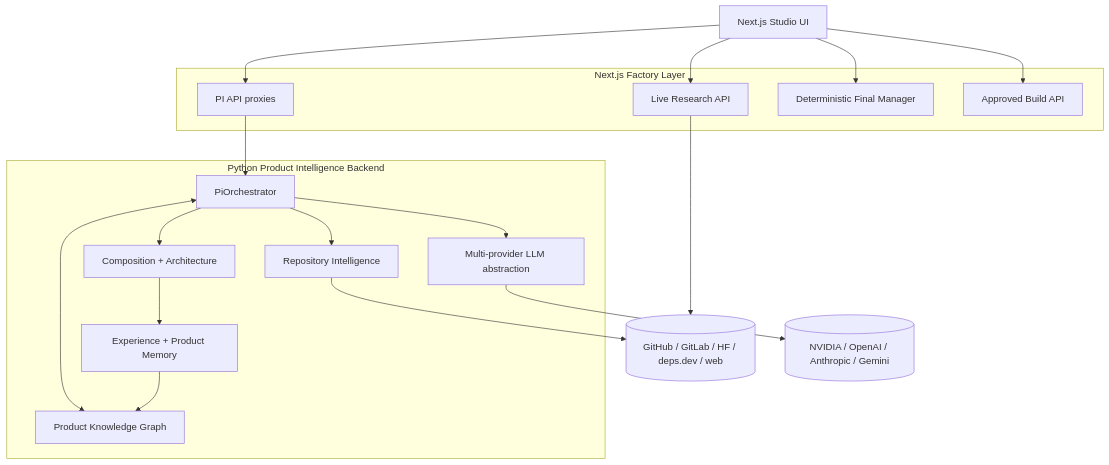
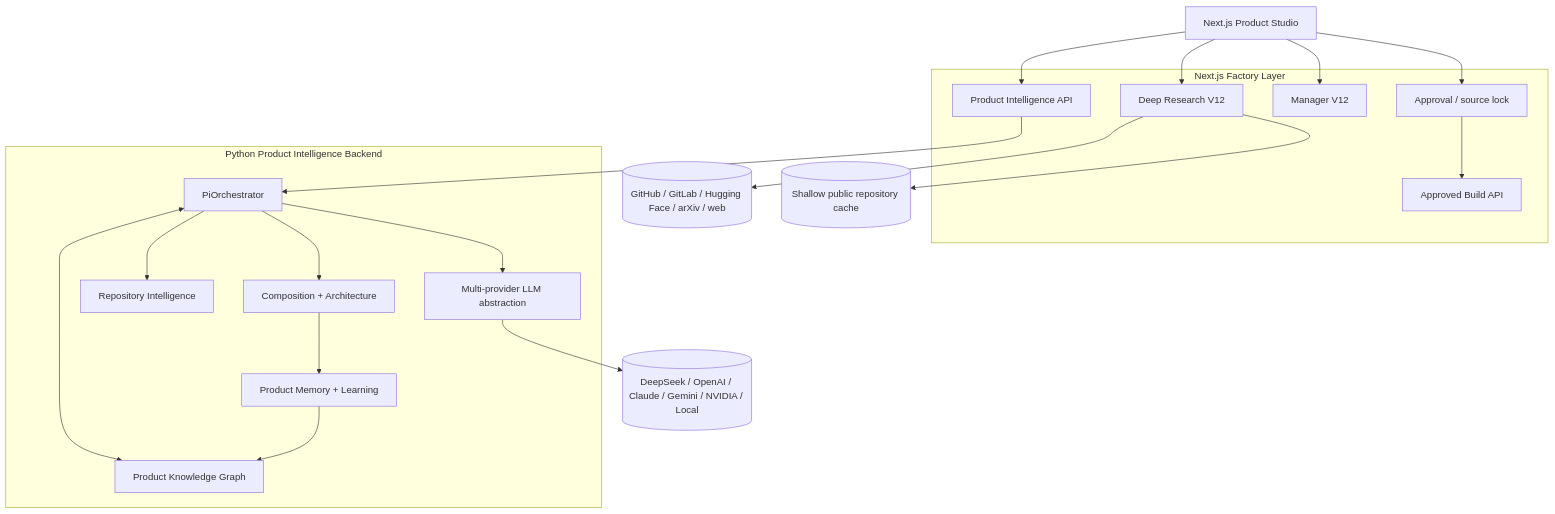
One commit to logeshv586-code/AIproductfactory changed the second of 2 diagrams in README.md. Above: the diagram before and after it, drawn with Mermaid. The commit also changed other lines of this file and 1 other file, not shown here.

First line of the commit message:
docs: showcase current Product Studio and verified V12 research flow

````diff
--- a/README.md
+++ b/README.md
@@ -276,35 +342,35 @@
 ```mermaid
 flowchart TB
-    UI[Next.js Studio UI]
+    UI[Next.js Product Studio]
 
     subgraph Next[Next.js Factory Layer]
-      PIProxy[PI API proxies]
-      Research[Live Research API]
-      Manager[Deterministic Final Manager]
-      ApprovedBuild[Approved Build API]
+      PIProxy[Product Intelligence API]
+      Research[Deep Research V12]
+      Manager[Manager V12]
+      Approval[Approval / source lock]
+      Build[Approved Build API]
     end
 
     subgraph Python[Python Product Intelligence Backend]
       Providers[Multi-provider LLM abstraction]
       Orchestrator[PiOrchestrator]
       Graph[Product Knowledge Graph]
       RepoIntel[Repository Intelligence]
       Compose[Composition + Architecture]
-      Learning[Experience + Product Memory]
+      Memory[Product Memory + Learning]
     end
 
-    Sources[(GitHub / GitLab / HF / deps.dev / web)]
-    Models[(NVIDIA / OpenAI / Anthropic / Gemini)]
+    PublicSources[(GitHub / GitLab / Hugging Face / arXiv / web)]
+    LocalClone[(Shallow public repository cache)]
+    Models[(DeepSeek / OpenAI / Claude / Gemini / NVIDIA / Local)]
 
     UI --> PIProxy --> Orchestrator
-    UI --> Research --> Sources
+    UI --> Research --> PublicSources
+    Research --> LocalClone
     UI --> Manager
-    UI --> ApprovedBuild
+    UI --> Approval --> Build
     Orchestrator --> Providers --> Models
     Orchestrator <--> Graph
     Orchestrator --> RepoIntel
-    RepoIntel --> Sources
-    Orchestrator --> Compose
-    Compose --> Learning
-    Learning --> Graph
+    Orchestrator --> Compose --> Memory --> Graph
 ```
````
